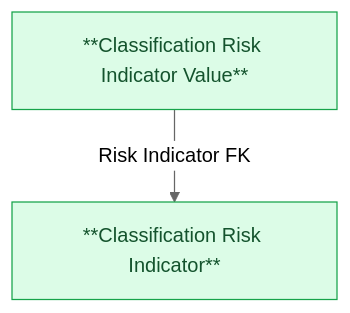
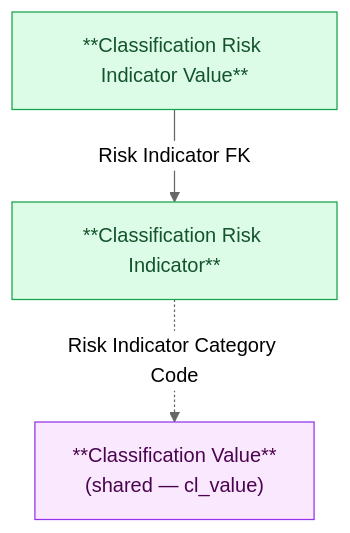
The diagram in DataModel/working/Atomic/hld/MRMS_HLD_Overview.md (linhlvit/ubck_atomic_design), drawn with Mermaid (neutral theme) before and after one commit. The commit also changed other lines of this file and 351 other files, not shown here.

````diff
--- a/DataModel/working/Atomic/hld/MRMS_HLD_Overview.md
+++ b/DataModel/working/Atomic/hld/MRMS_HLD_Overview.md
@@ -24,12 +25,15 @@
 ```mermaid
 graph TD
     classDef atomic fill:#dcfce7,stroke:#16a34a,color:#14532d
+    classDef shared fill:#fae8ff,stroke:#9333ea,color:#4a044e
 
     %% Tier 1
     RSKIND["**Classification Risk Indicator**"]:::atomic
+    CLVAL["**Classification Value**\n(shared — cl_value)"]:::shared
 
     %% Tier 2
     RSKINDVAL["**Classification Risk Indicator Value**"]:::atomic
 
     RSKINDVAL -->|Risk Indicator FK| RSKIND
+    RSKIND -.->|Risk Indicator Category Code| CLVAL
 ```
````
